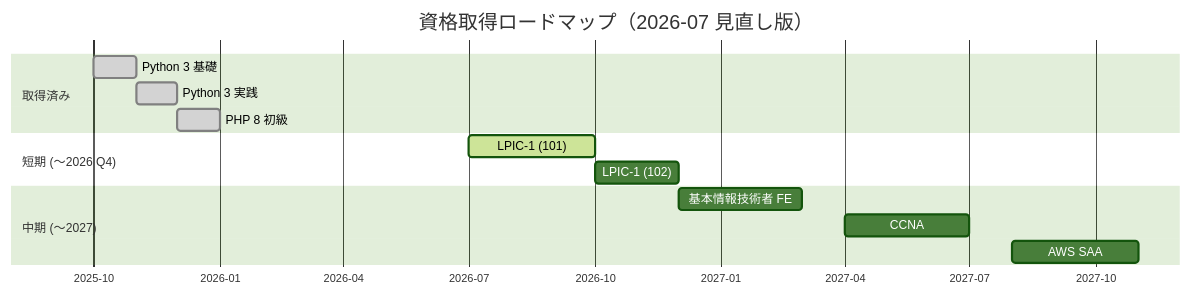
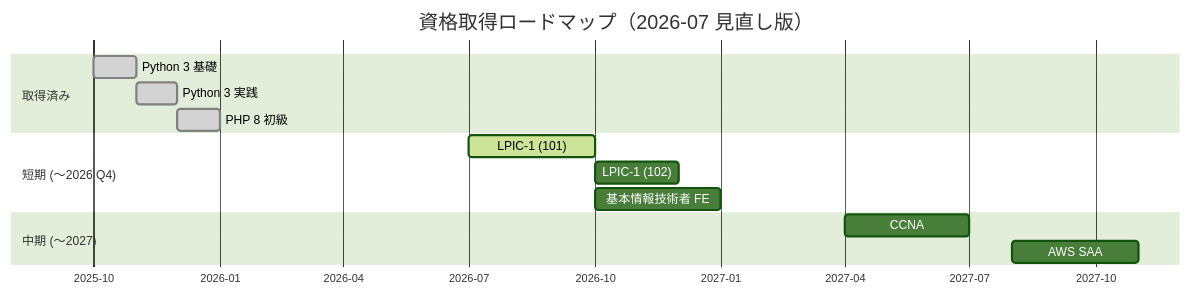
The diagram in docs/certifications/roadmap.md (ns7jp/ns7jp), drawn with Mermaid (forest theme) before and after one commit. The commit also changed other lines of this file and 3 other files, not shown here.

````diff
--- a/docs/certifications/roadmap.md
+++ b/docs/certifications/roadmap.md
@@ -43,20 +55,20 @@
 ```mermaid
 gantt
     title 資格取得ロードマップ（2026-07 見直し版）
     dateFormat YYYY-MM
     axisFormat %Y-%m
 
     section 取得済み
     Python 3 基礎      :done, p1, 2025-10, 2025-11
     Python 3 実践      :done, p2, 2025-11, 2025-12
     PHP 8 初級         :done, p3, 2025-12, 2026-01
 
     section 短期 (〜2026 Q4)
     LPIC-1 (101)       :active, l1, 2026-07, 2026-10
     LPIC-1 (102)       :l2, after l1, 2M
+    基本情報技術者 FE   :f1, 2026-10, 3M
 
     section 中期 (〜2027)
-    基本情報技術者 FE   :f1, 2026-12, 3M
     CCNA               :c1, 2027-04, 3M
     AWS SAA            :a1, 2027-08, 3M
 ```
````
